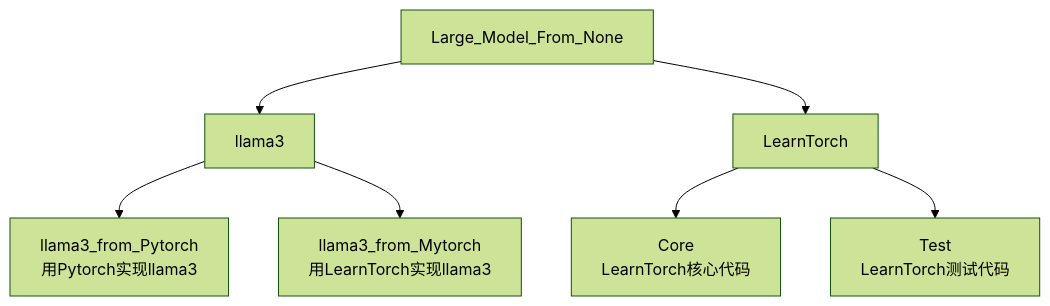
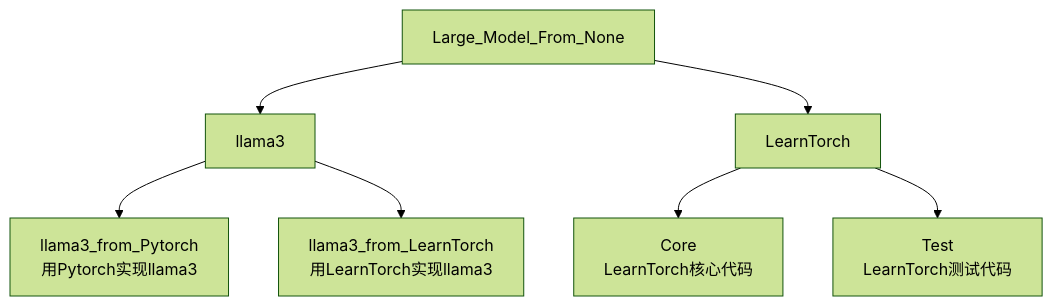
One commit to ZeweiLi999/Large_Model_From_None changed the diagram in README.md. Above: the diagram before and after it, drawn with Mermaid (forest theme).

Commit message:
Update README.md
修改错误单词路径

````diff
--- a/README.md
+++ b/README.md
@@ -22,11 +22,11 @@
 ```mermaid
 graph TD
     Large_Model_From_None --> llama3
     Large_Model_From_None --> LearnTorch
 
     llama3 --> llama3_from_Pytorch["llama3_from_Pytorch<br>用Pytorch实现llama3"]
-    llama3 --> llama3_from_LearnTorch["llama3_from_Mytorch<br>用LearnTorch实现llama3"]
+    llama3 --> llama3_from_LearnTorch["llama3_from_LearnTorch<br>用LearnTorch实现llama3"]
 
     LearnTorch --> Core["Core<br>LearnTorch核心代码"]
     LearnTorch --> Test["Test<br>LearnTorch测试代码"]
 ```
````
